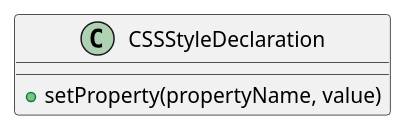
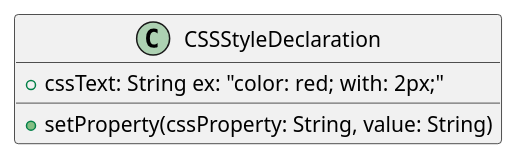
One commit to PabloMartinFluvia/tech-dhtml changed the diagram in docs/dhtml/estil/CSSStyleDeclaration.plantuml. Above: the diagram before and after it, drawn with PlantUML. The commit also changed 70 other files, not shown here.

```diff
--- a/docs/dhtml/estil/CSSStyleDeclaration.plantuml
+++ b/docs/dhtml/estil/CSSStyleDeclaration.plantuml
@@ -1,7 +1,9 @@
-@startuml declarationcss
+@startuml cssstyle
 
 class CSSStyleDeclaration {
-    + setProperty(propertyName, value)
+    + cssText: String ex: "color: red; with: 2px;"
+
+    + setProperty(cssProperty: String, value: String)
 }
 
 @enduml
```
